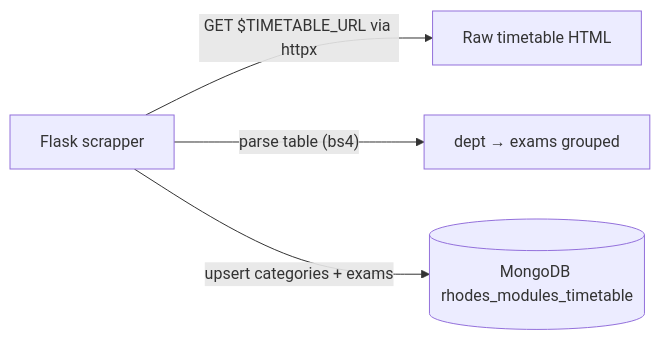
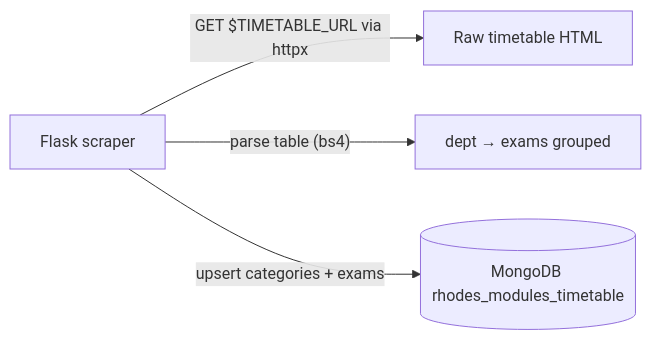
The fifth of 5 diagrams in README.md (l-quincy01/uni-scheduler), drawn with Mermaid before and after one commit. The commit also changed other lines of this file and 13 other files, not shown here.

````diff
--- a/README.md
+++ b/README.md
@@ -166,13 +166,13 @@
 ```mermaid
 flowchart LR
-    SCRAPE["Flask scrapper"]
+    SCRAPE["Flask scraper"]
     HTML["Raw timetable HTML"]
     GROUPS["dept → exams grouped"]
     MONGO[("MongoDB rhodes_modules_timetable")]
     
  
 
     SCRAPE -->|"GET $TIMETABLE_URL via httpx"| HTML
     SCRAPE -->|"parse table (bs4)"| GROUPS
     SCRAPE -->|"upsert categories + exams"| MONGO
 ```
````
